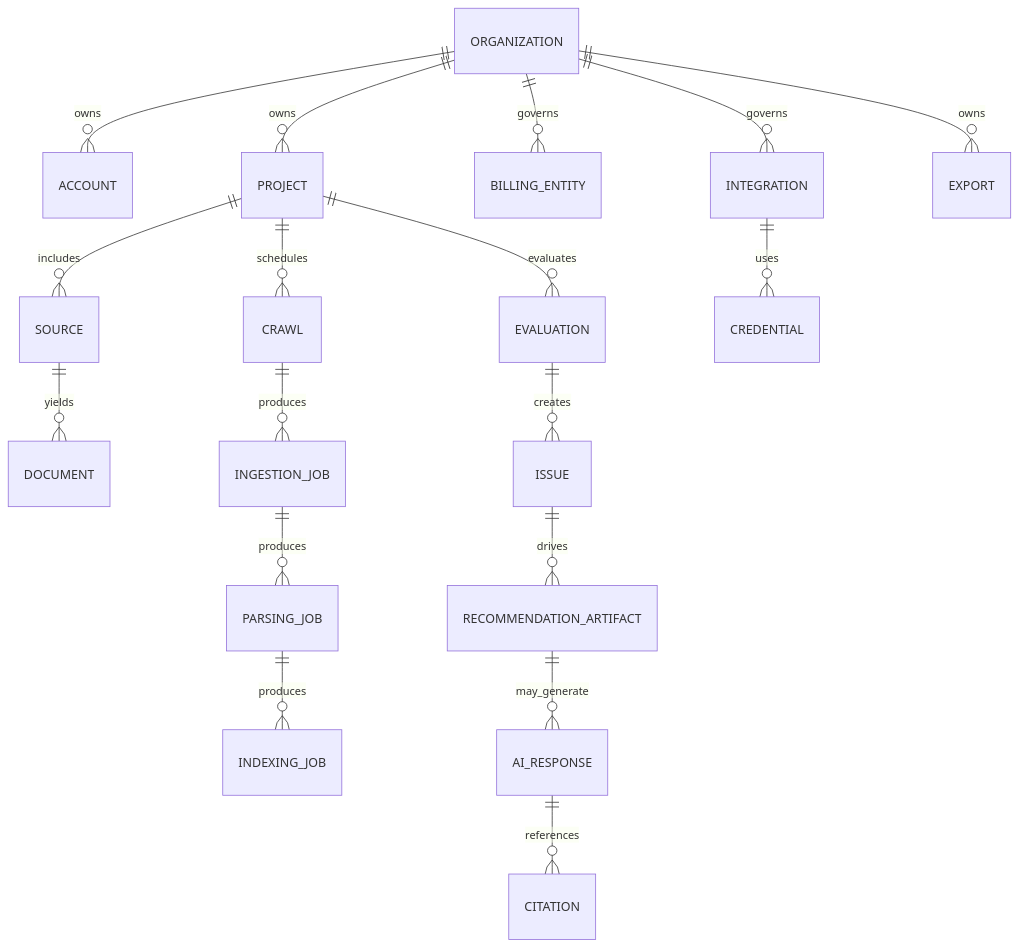
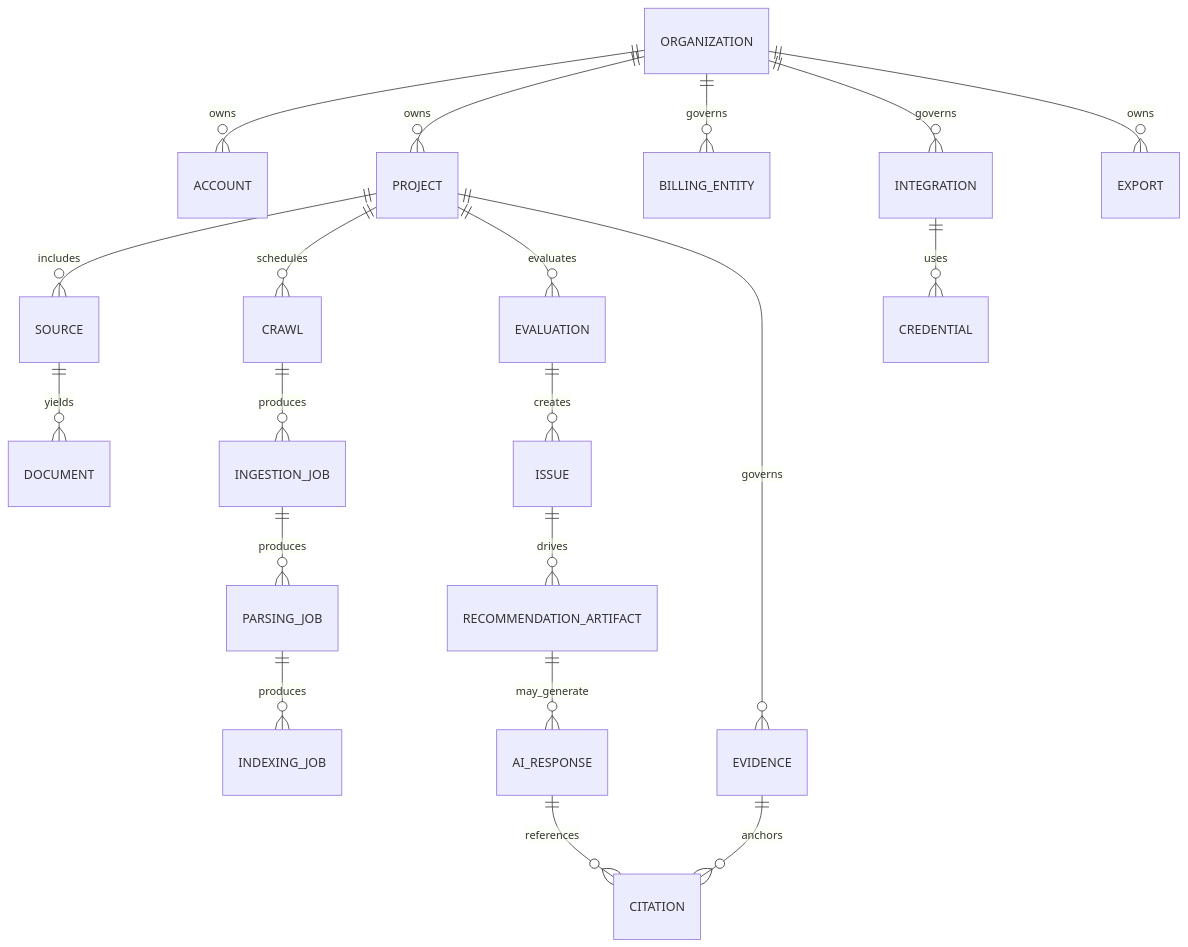
The diagram in diagrams/DOMAIN_MODEL.md (keny369/videt.ai), drawn with Mermaid before and after one commit. The commit also changed other lines of this file and 28 other files, not shown here.

````diff
--- a/diagrams/DOMAIN_MODEL.md
+++ b/diagrams/DOMAIN_MODEL.md
@@ -21,24 +21,26 @@
 ```mermaid
 erDiagram
     ORGANIZATION ||--o{ ACCOUNT : owns
     ORGANIZATION ||--o{ PROJECT : owns
     ORGANIZATION ||--o{ BILLING_ENTITY : governs
     ORGANIZATION ||--o{ INTEGRATION : governs
     ORGANIZATION ||--o{ EXPORT : owns
 
     PROJECT ||--o{ SOURCE : includes
     SOURCE ||--o{ DOCUMENT : yields
 
     PROJECT ||--o{ CRAWL : schedules
     CRAWL ||--o{ INGESTION_JOB : produces
     INGESTION_JOB ||--o{ PARSING_JOB : produces
     PARSING_JOB ||--o{ INDEXING_JOB : produces
 
     PROJECT ||--o{ EVALUATION : evaluates
+    PROJECT ||--o{ EVIDENCE : governs
     EVALUATION ||--o{ ISSUE : creates
     ISSUE ||--o{ RECOMMENDATION_ARTIFACT : drives
     RECOMMENDATION_ARTIFACT ||--o{ AI_RESPONSE : may_generate
     AI_RESPONSE ||--o{ CITATION : references
+    EVIDENCE ||--o{ CITATION : anchors
 
     INTEGRATION ||--o{ CREDENTIAL : uses
 ```
````
